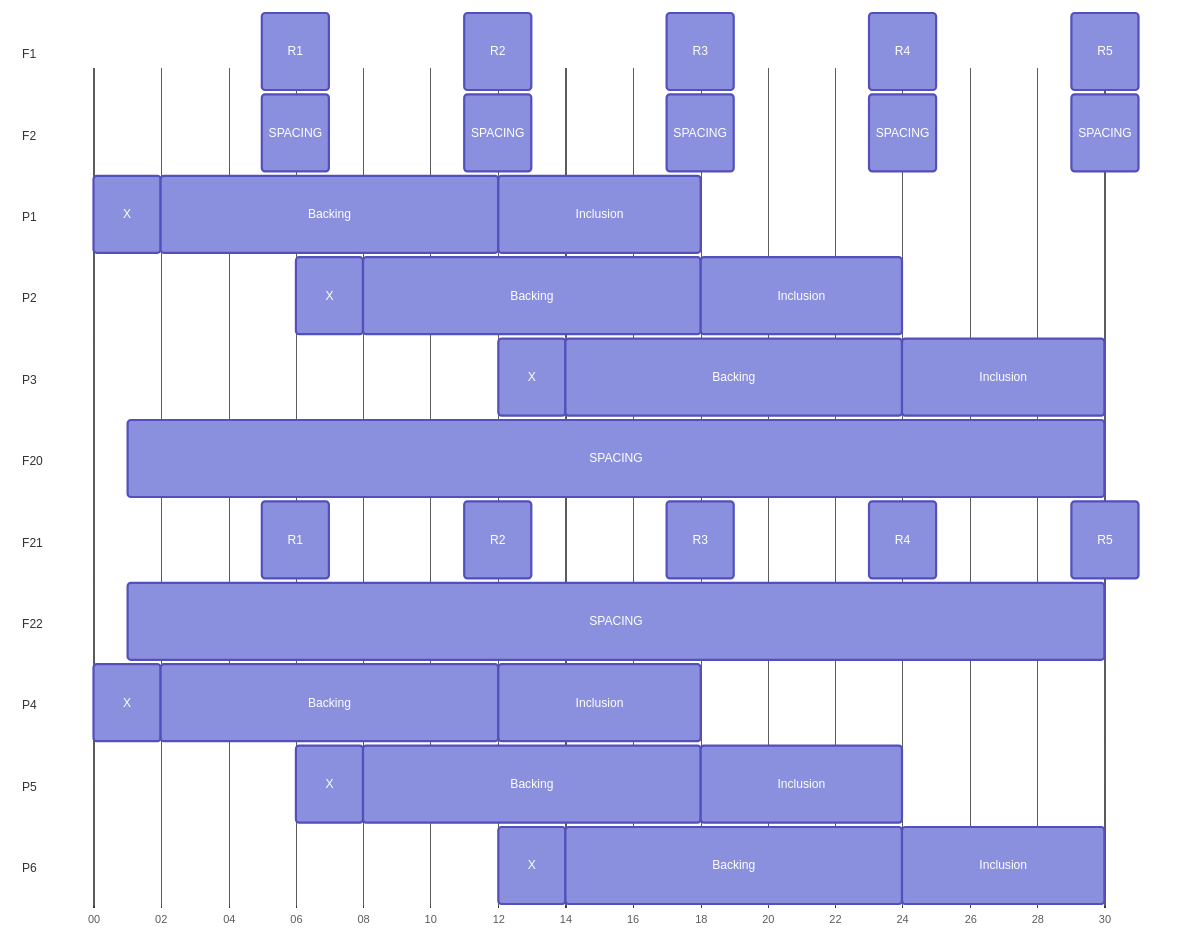
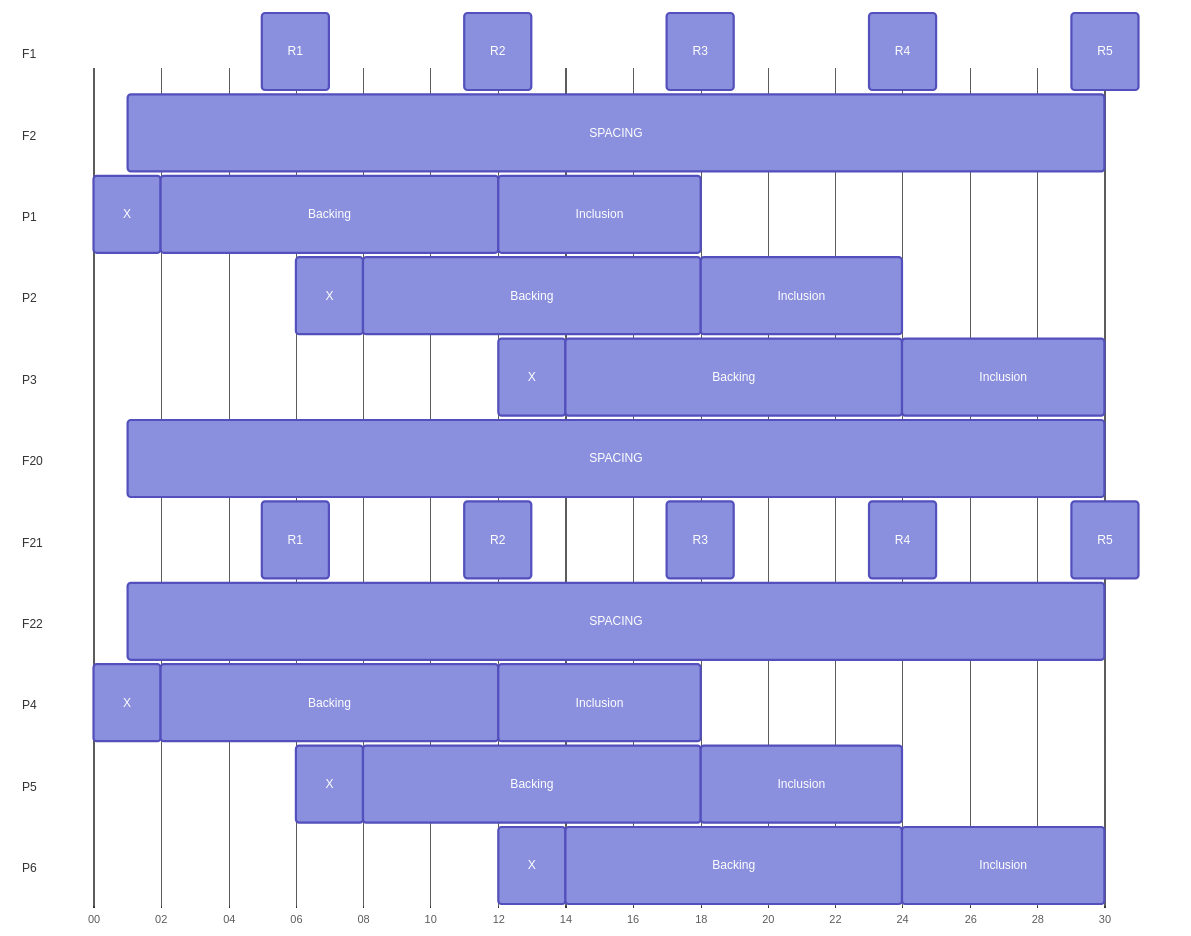
Before and after one commit to polkadot-developers/polkadot-docs: the third of 3 diagrams in reference/parachains/consensus/async-backing.md, drawn with Mermaid. The commit also changed other lines of this file and 3 other files, not shown here.

Commit message:
fixed typos pointed out by copilot and updated diagrams

```diff
--- a/reference/parachains/consensus/async-backing.md
+++ b/reference/parachains/consensus/async-backing.md
@@ -209,11 +207,7 @@
     R5 : r, 1929, 1931
 
     section F2
-    SPACING : p1padTop, 1905, 1907
-    SPACING : p1padTop, 1911, 1913
-    SPACING : p1padTop, 1917, 1919
-    SPACING : p1padTop, 1923, 1925
-    SPACING : p1padTop, 1929, 1931
+    SPACING : p1padTop, 1901, 1930
 
     section P1
     X   :            item1, 1900, 1902
```
